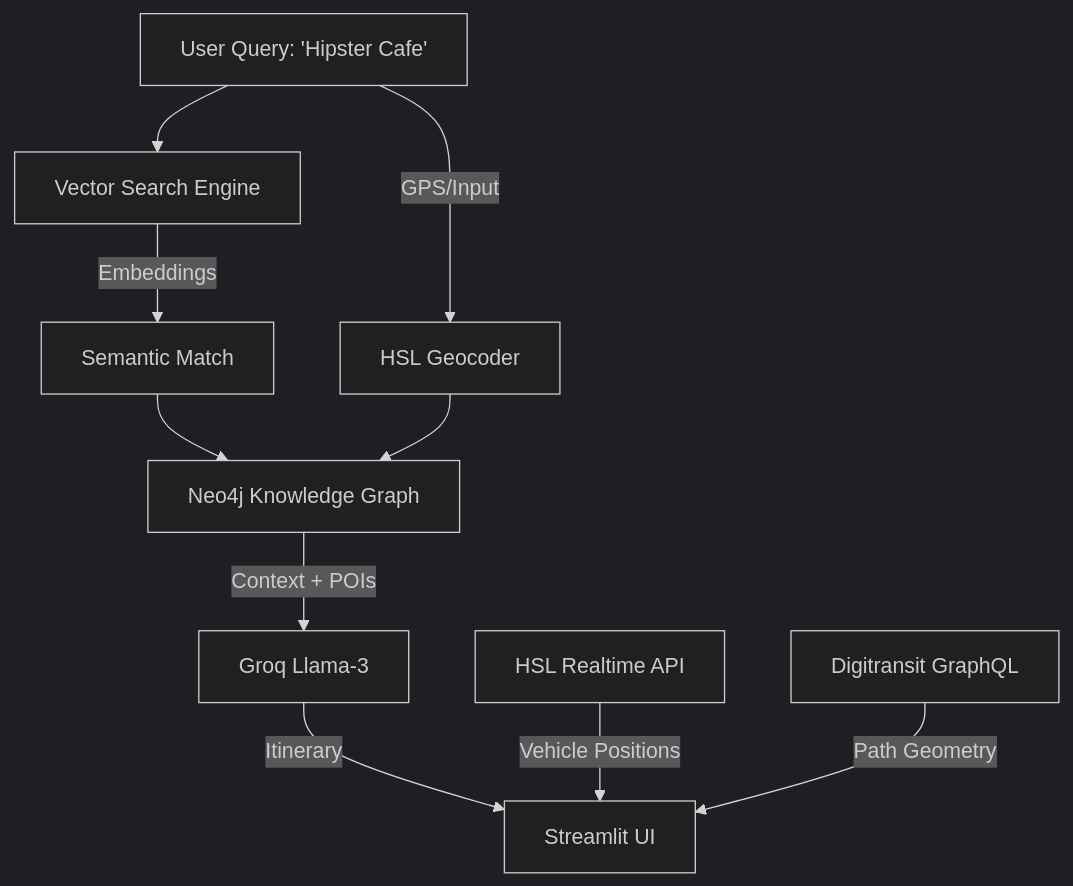
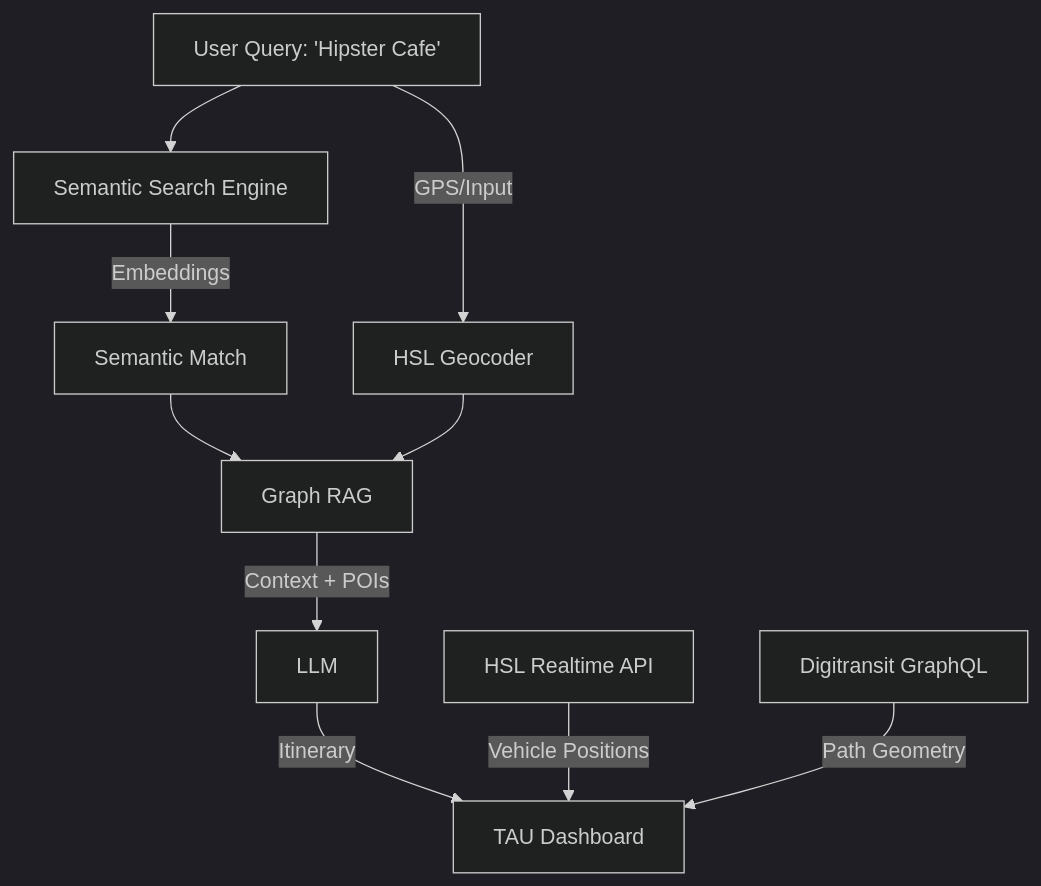
One commit to TOMfoolery2025/Tau-AI-Navigator changed the diagram in README.md. Above: the diagram before and after it, drawn with Mermaid (dark theme).

````diff
--- a/README.md
+++ b/README.md
@@ -46,16 +46,16 @@
 ```mermaid
 graph TD
-    User[User Query: 'Hipster Cafe'] --> Vector[Vector Search Engine]
+    User[User Query: 'Hipster Cafe'] --> Vector[Semantic Search Engine]
     Vector -->|Embeddings| Semantic[Semantic Match]
     
     User -->|GPS/Input| Geocoder[HSL Geocoder]
     
-    Semantic --> Graph[Neo4j Knowledge Graph]
+    Semantic --> Graph[Graph RAG]
     Geocoder --> Graph
     
-    Graph -->|Context + POIs| LLM[Groq Llama-3]
-    LLM -->|Itinerary| UI[Streamlit UI]
+    Graph -->|Context + POIs| LLM[LLM]
+    LLM -->|Itinerary| UI[TAU Dashboard]
     
     Live[HSL Realtime API] -->|Vehicle Positions| UI
     Routing[Digitransit GraphQL] -->|Path Geometry| UI
 ```
````
